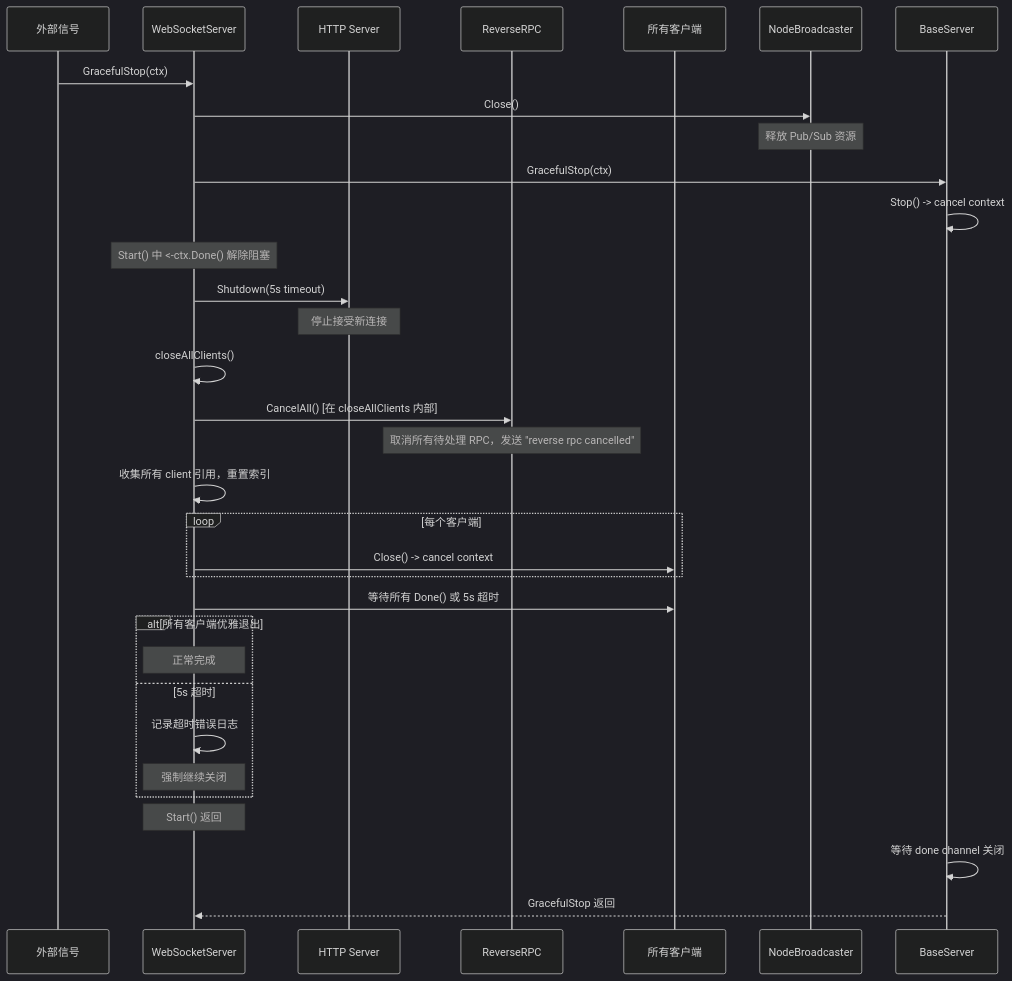
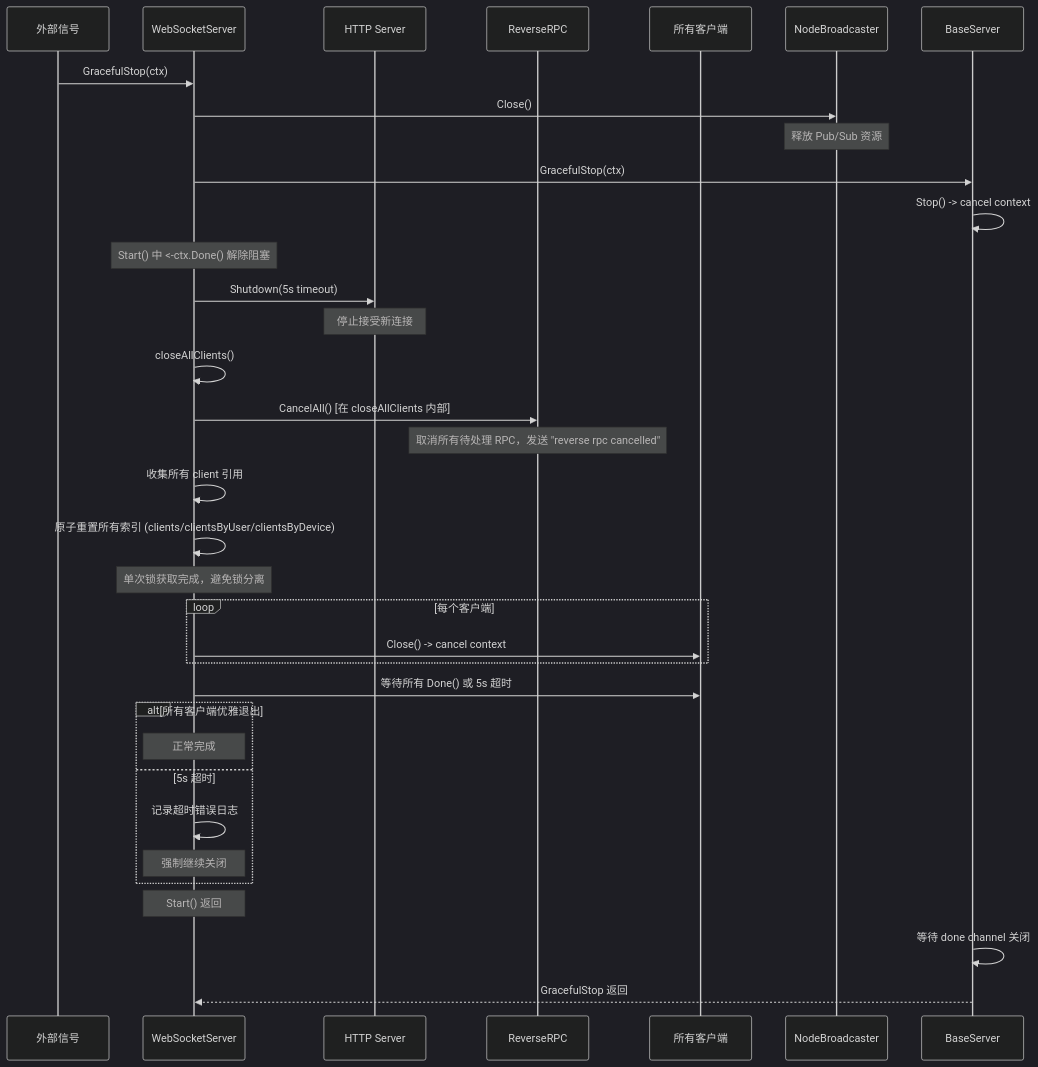
One commit to PineappleBond/xyncra-server changed the tenth of 14 diagrams in wiki/flows/websocket-connection.md. Above: the diagram before and after it, drawn with Mermaid (dark theme). The commit also changed other lines of this file and 16 other files, not shown here.

First line of the commit message:
docs(wiki): comprehensive review and fix of all flow documents

````diff
--- a/wiki/flows/websocket-connection.md
+++ b/wiki/flows/websocket-connection.md
@@ -595,44 +631,46 @@
 ```mermaid
 sequenceDiagram
     participant External as 外部信号
     participant WS as WebSocketServer
     participant HTTP as HTTP Server
     participant RR as ReverseRPC
     participant Clients as 所有客户端
     participant NB as NodeBroadcaster
     participant BS as BaseServer
 
     External->>WS: GracefulStop(ctx)
     WS->>NB: Close()
     Note over NB: 释放 Pub/Sub 资源
 
     WS->>BS: GracefulStop(ctx)
     BS->>BS: Stop() -> cancel context
 
     Note over WS: Start() 中 <-ctx.Done() 解除阻塞
 
     WS->>HTTP: Shutdown(5s timeout)
     Note over HTTP: 停止接受新连接
 
     WS->>WS: closeAllClients()
     WS->>RR: CancelAll() [在 closeAllClients 内部]
     Note over RR: 取消所有待处理 RPC，发送 "reverse rpc cancelled"
-    WS->>WS: 收集所有 client 引用，重置索引
+    WS->>WS: 收集所有 client 引用
+    WS->>WS: 原子重置所有索引 (clients/clientsByUser/clientsByDevice)
+    Note over WS: 单次锁获取完成，避免锁分离
 
     loop 每个客户端
         WS->>Clients: Close() -> cancel context
     end
 
     WS->>Clients: 等待所有 Done() 或 5s 超时
 
     alt 所有客户端优雅退出
         Note over WS: 正常完成
     else 5s 超时
         WS->>WS: 记录超时错误日志
         Note over WS: 强制继续关闭
     end
 
     Note over WS: Start() 返回
     BS->>BS: 等待 done channel 关闭
     BS-->>WS: GracefulStop 返回
 ```
````
